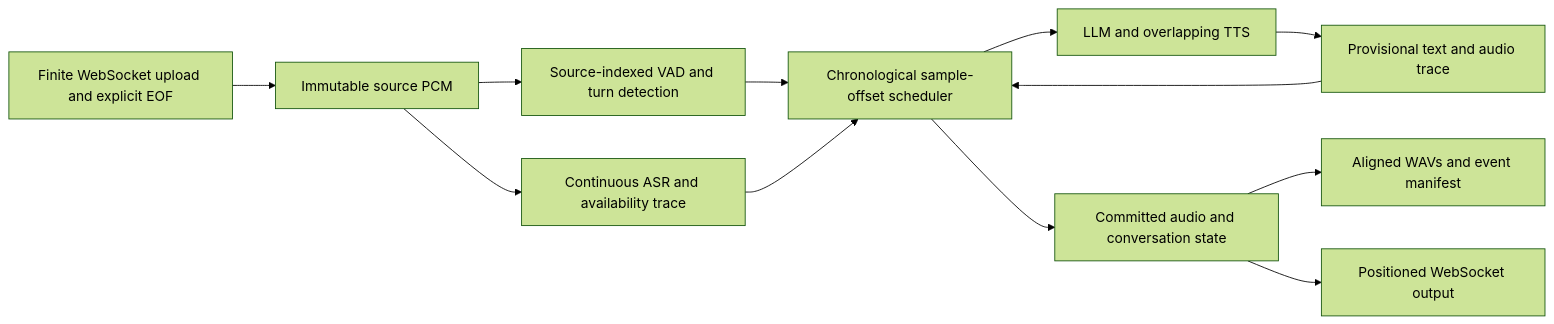
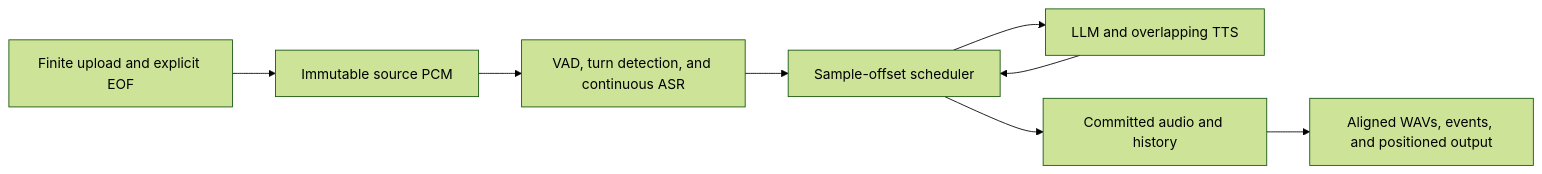
One commit to NVIDIA-AI-Blueprints/nemotron-voice-agent changed the diagram in docs/12-offline-processing.md. Above: the diagram before and after it, drawn with Mermaid (forest theme). The commit also changed other lines of this file and 4 other files, not shown here.

````diff
--- a/docs/12-offline-processing.md
+++ b/docs/12-offline-processing.md
@@ -72,14 +43,10 @@
 ```mermaid
 flowchart LR
-    Upload[Finite WebSocket upload and explicit EOF] --> Source[Immutable source PCM]
-    Source --> Detector[Source-indexed VAD and turn detection]
-    Source --> ASR[Continuous ASR and availability trace]
-    Detector --> Replay[Chronological sample-offset scheduler]
-    ASR --> Replay
+    Input[Finite upload and explicit EOF] --> Source[Immutable source PCM]
+    Source --> Analysis[VAD, turn detection, and continuous ASR]
+    Analysis --> Replay[Sample-offset scheduler]
     Replay --> Generation[LLM and overlapping TTS]
-    Generation --> Trace[Provisional text and audio trace]
-    Trace --> Replay
-    Replay --> Commit[Committed audio and conversation state]
-    Commit --> Recording[Aligned WAVs and event manifest]
-    Commit --> Output[Positioned WebSocket output]
+    Generation --> Replay
+    Replay --> Commit[Committed audio and history]
+    Commit --> Output[Aligned WAVs, events, and positioned output]
 ```
````
